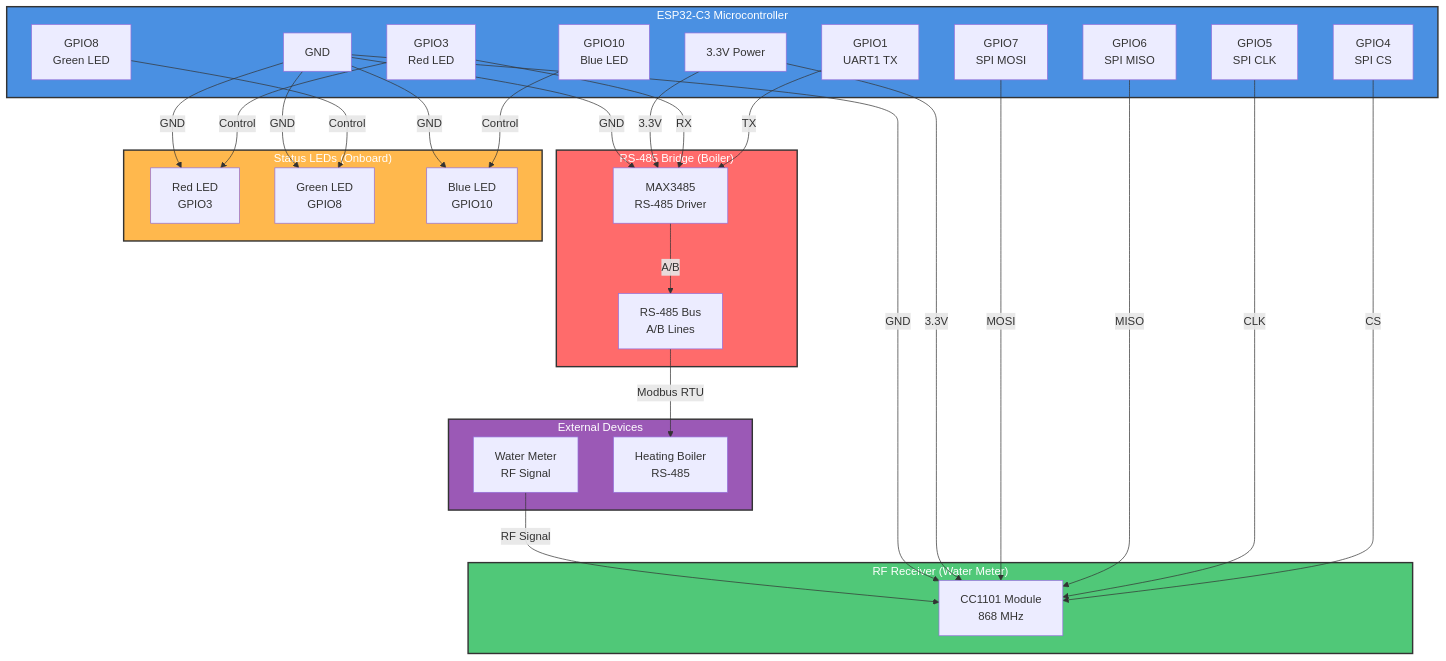
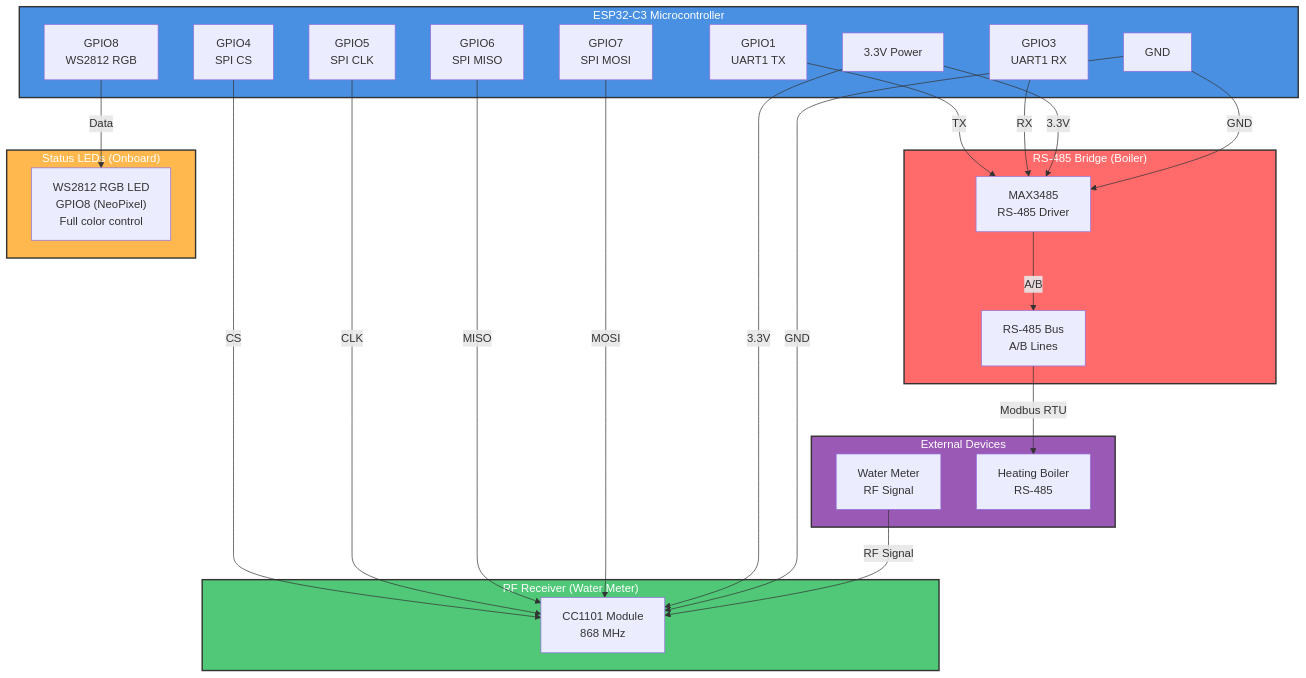
Before and after one commit to krzysiekbielicki/water-meter-and-boiler-device: the diagram in hardware-config.md, drawn with Mermaid. The commit also changed other lines of this file, not shown here.

````diff
--- a/hardware-config.md
+++ b/hardware-config.md
@@ -220,67 +227,58 @@
 ```mermaid
 graph TB
     subgraph ESP["ESP32-C3 Microcontroller"]
         GPIO1["GPIO1<br/>UART1 TX"]
         GPIO3["GPIO3<br/>UART1 RX"]
         GPIO4["GPIO4<br/>SPI CS"]
         GPIO5["GPIO5<br/>SPI CLK"]
         GPIO6["GPIO6<br/>SPI MISO"]
         GPIO7["GPIO7<br/>SPI MOSI"]
-        GPIO3["GPIO3<br/>Red LED"]
-        GPIO8["GPIO8<br/>Green LED"]
-        GPIO10["GPIO10<br/>Blue LED"]
+        GPIO8["GPIO8<br/>WS2812 RGB"]
         PWR3V3["3.3V Power"]
         GND["GND"]
     end
     
     subgraph RF["RF Receiver (Water Meter)"]
         CC1101["CC1101 Module<br/>868 MHz"]
     end
     
     subgraph RS["RS-485 Bridge (Boiler)"]
         MAX3485["MAX3485<br/>RS-485 Driver"]
         RS485BUS["RS-485 Bus<br/>A/B Lines"]
     end
     
     subgraph IO["Status LEDs (Onboard)"]
-        RED["Red LED<br/>GPIO3"]
-        GREEN["Green LED<br/>GPIO8"]
-        BLUE["Blue LED<br/>GPIO10"]
+        LED["WS2812 RGB LED<br/>GPIO8 (NeoPixel)<br/>Full color control"]
     end
     
     subgraph EXT["External Devices"]
         METER["Water Meter<br/>RF Signal"]
         BOILER["Heating Boiler<br/>RS-485"]
     end
     
     %% RF Connections
     GPIO4 -->|CS| CC1101
     GPIO5 -->|CLK| CC1101
     GPIO6 -->|MISO| CC1101
     GPIO7 -->|MOSI| CC1101
     PWR3V3 -->|3.3V| CC1101
     GND -->|GND| CC1101
     METER -->|RF Signal| CC1101
     
     %% RS-485 Connections
     GPIO1 -->|TX| MAX3485
     GPIO3 -->|RX| MAX3485
     PWR3V3 -->|3.3V| MAX3485
     GND -->|GND| MAX3485
     MAX3485 -->|A/B| RS485BUS
     RS485BUS -->|Modbus RTU| BOILER
     
     %% I/O Connections
-    GPIO3 -->|Control| RED
-    GPIO8 -->|Control| GREEN
-    GPIO10 -->|Control| BLUE
-    GND -->|GND| RED
-    GND -->|GND| GREEN
-    GND -->|GND| BLUE
+    GPIO8 -->|Data| LED
     
     style ESP fill:#4A90E2,stroke:#333,stroke-width:2px,color:#fff
     style RF fill:#50C878,stroke:#333,stroke-width:2px,color:#fff
     style RS fill:#FF6B6B,stroke:#333,stroke-width:2px,color:#fff
     style IO fill:#FFB84D,stroke:#333,stroke-width:2px,color:#fff
     style EXT fill:#9B59B6,stroke:#333,stroke-width:2px,color:#fff
 ```
````
